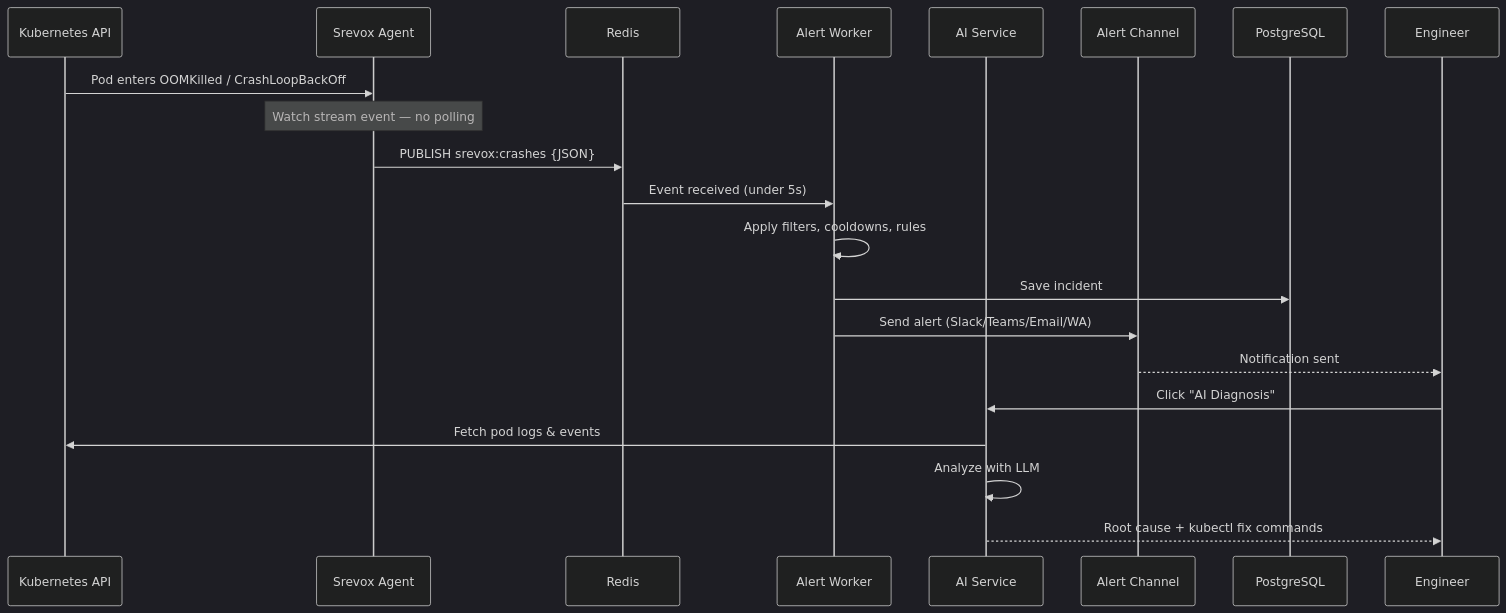
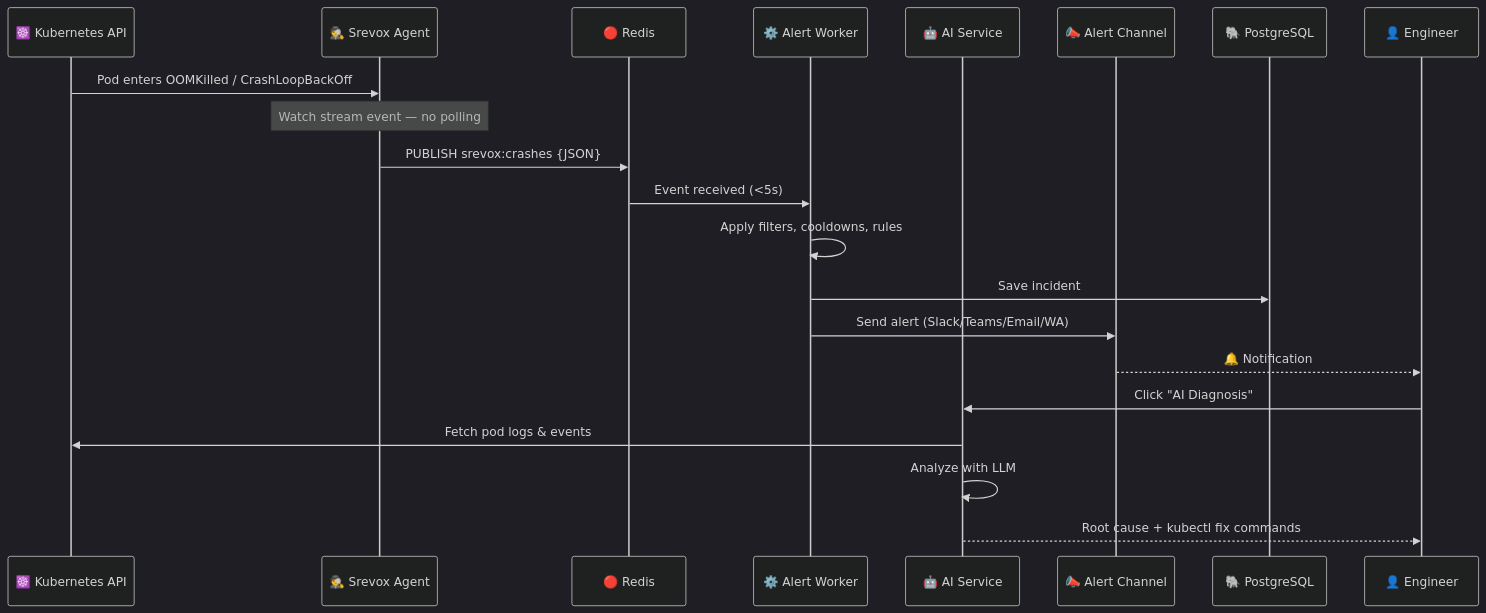
The third of 10 diagrams in README.md (Akshatsainiaks/srevox), drawn with Mermaid (dark theme) before and after one commit. The commit also changed other lines of this file, not shown here.

Commit message:
fix: rename loopzen-agent.yml to srevox-agent.yml

````diff
--- a/README.md
+++ b/README.md
@@ -556,24 +556,24 @@
 ```mermaid
 sequenceDiagram
-    participant K8s as Kubernetes API
-    participant Agent as Srevox Agent
-    participant Redis as Redis
-    participant Worker as Alert Worker
-    participant AI as AI Service
-    participant Channel as Alert Channel
-    participant DB as PostgreSQL
-    participant User as Engineer
+    participant K8s as ☸️ Kubernetes API
+    participant Agent as 🕵️ Srevox Agent
+    participant Redis as 🔴 Redis
+    participant Worker as ⚙️ Alert Worker
+    participant AI as 🤖 AI Service
+    participant Channel as 📣 Alert Channel
+    participant DB as 🐘 PostgreSQL
+    participant User as 👤 Engineer
 
     K8s->>Agent: Pod enters OOMKilled / CrashLoopBackOff
     Note over Agent: Watch stream event — no polling
     Agent->>Redis: PUBLISH srevox:crashes {JSON}
-    Redis->>Worker: Event received (under 5s)
+    Redis->>Worker: Event received (<5s)
     Worker->>Worker: Apply filters, cooldowns, rules
     Worker->>DB: Save incident
     Worker->>Channel: Send alert (Slack/Teams/Email/WA)
-    Channel-->>User: Notification sent
+    Channel-->>User: 🔔 Notification
     User->>AI: Click "AI Diagnosis"
     AI->>K8s: Fetch pod logs & events
     AI->>AI: Analyze with LLM
     AI-->>User: Root cause + kubectl fix commands
 ```
````
